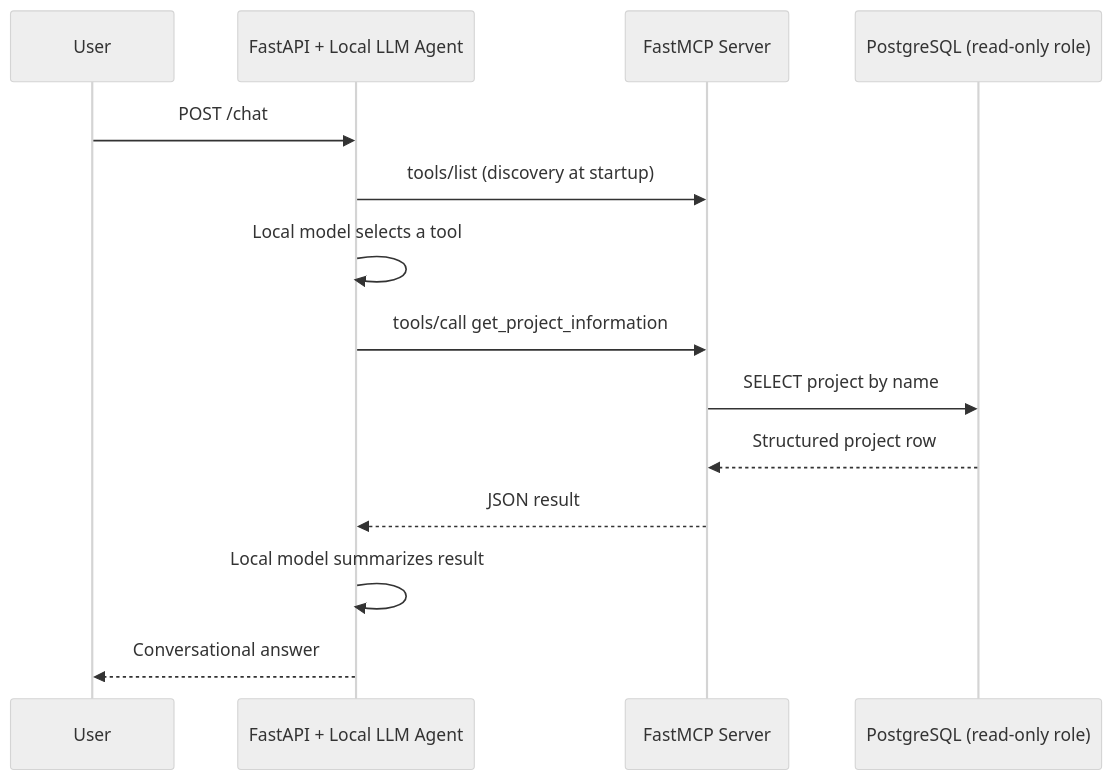
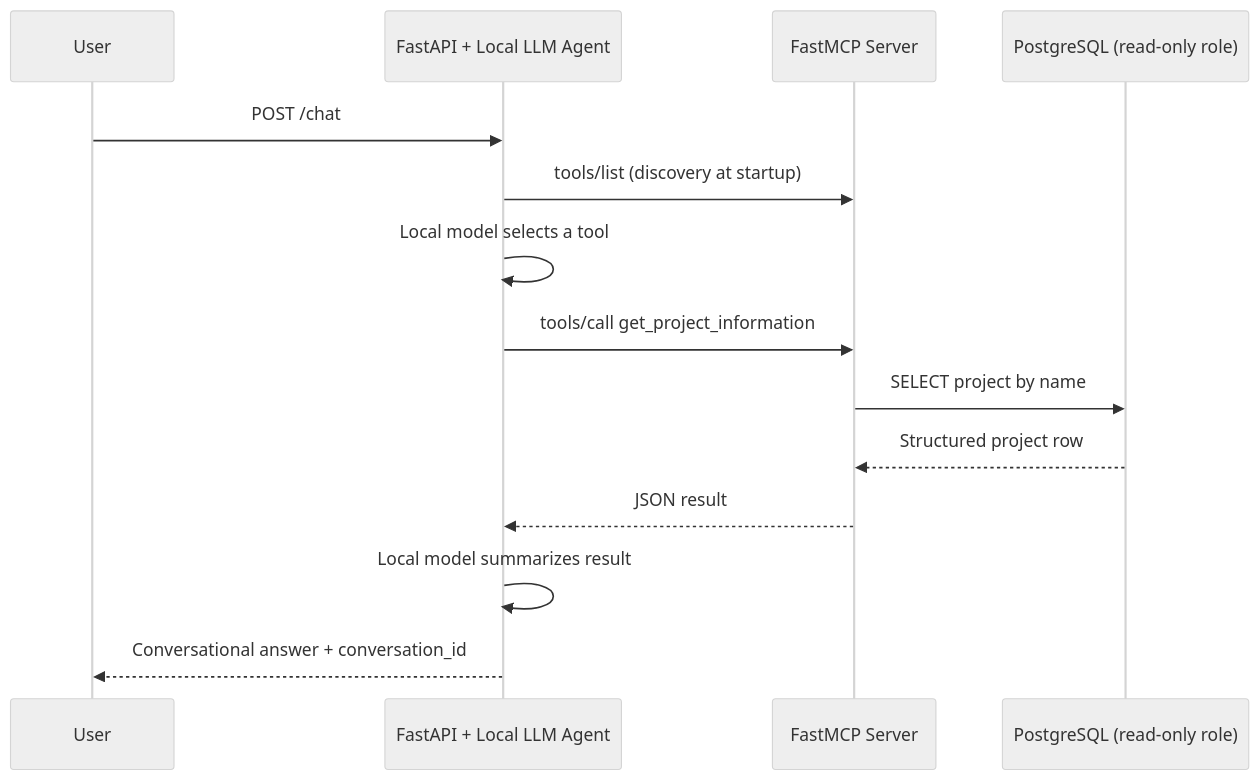
One commit to abhinav9444/conversational-agent-fastmcp-poc changed the second of 2 diagrams in README.md. Above: the diagram before and after it, drawn with Mermaid (neutral theme). The commit also changed other lines of this file, not shown here.

Commit message:
docs: add architecture and run instructions

````diff
--- a/README.md
+++ b/README.md
@@ -7,16 +25,16 @@
 ```mermaid
 sequenceDiagram
     participant U as User
     participant A as FastAPI + Local LLM Agent
     participant M as FastMCP Server
     participant D as PostgreSQL (read-only role)
     U->>A: POST /chat
     A->>M: tools/list (discovery at startup)
     A->>A: Local model selects a tool
     A->>M: tools/call get_project_information
     M->>D: SELECT project by name
     D-->>M: Structured project row
     M-->>A: JSON result
     A->>A: Local model summarizes result
-    A-->>U: Conversational answer
+    A-->>U: Conversational answer + conversation_id
 ```
````
